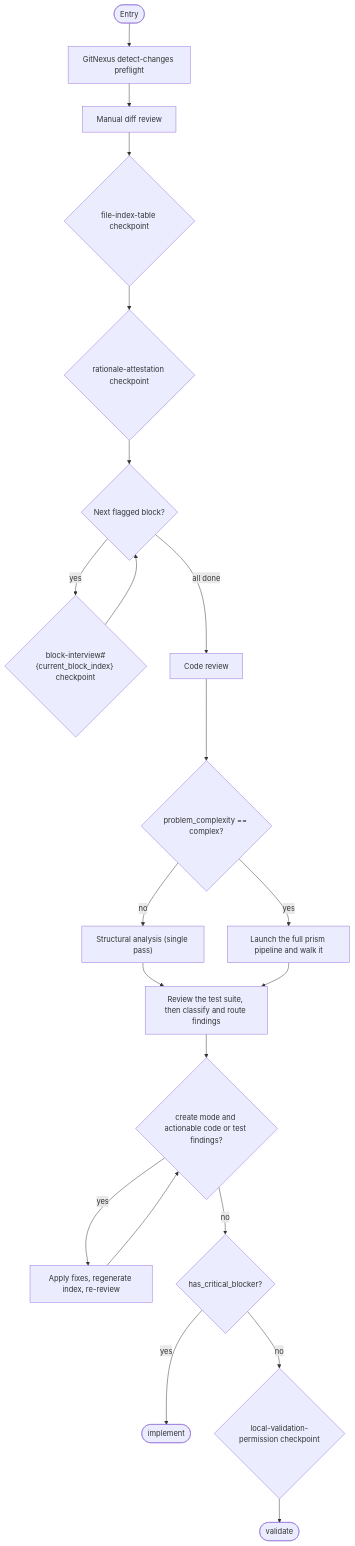
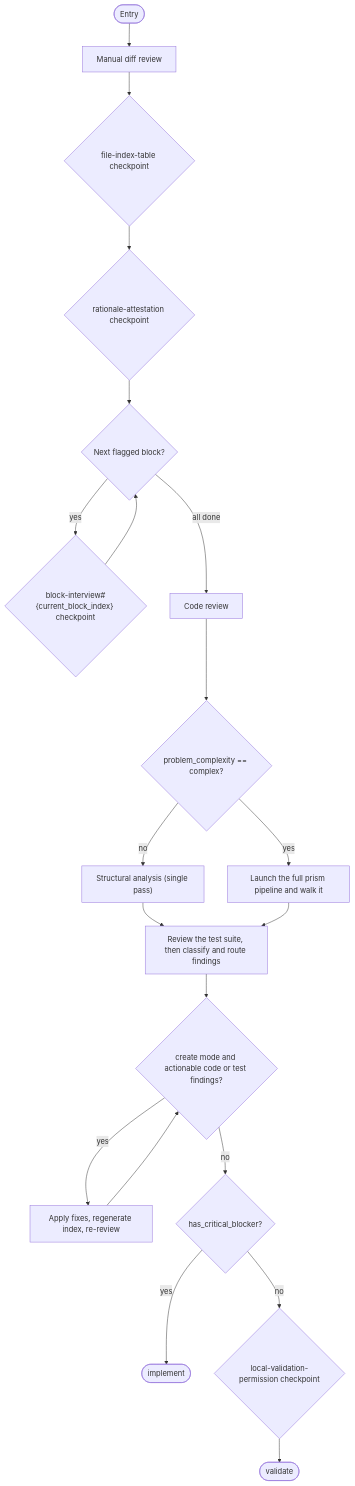
One commit to m2ux/workflow-server changed diagram 11 of 15 in corpus/work-package/activities/README.md. Above: the diagram before and after it, drawn with Mermaid. The commit also changed 4 other files, not shown here.

````diff
--- a/corpus/work-package/activities/README.md
+++ b/corpus/work-package/activities/README.md
@@ -287,25 +287,24 @@
 ```mermaid
 graph TD
-    entryNode(["Entry"]) --> preflight["GitNexus detect-changes preflight"]
-    preflight --> manualDiff["Manual diff review"]
+    entryNode(["Entry"]) --> manualDiff["Manual diff review"]
     manualDiff --> cpFileIndex{"file-index-table checkpoint"}
     cpFileIndex --> cpRationale{"rationale-attestation checkpoint"}
     cpRationale --> interviewLoop{"Next flagged block?"}
     interviewLoop -->|"yes"| cpInterview{"block-interview#{current_block_index} checkpoint"}
     cpInterview --> interviewLoop
     interviewLoop -->|"all done"| codeReview["Code review"]
 
     codeReview --> structural{"problem_complexity == complex?"}
     structural -->|"no"| structuralInline["Structural analysis (single pass)"]
     structural -->|"yes"| dispatchPrism["Launch the full prism pipeline and walk it"]
     structuralInline --> testReview["Review the test suite, then classify and route findings"]
     dispatchPrism --> testReview
 
     testReview --> fixCycle{"create mode and actionable code or test findings?"}
     fixCycle -->|"yes"| applyFixes["Apply fixes, regenerate index, re-review"]
     applyFixes --> fixCycle
     fixCycle -->|"no"| blockerGate{"has_critical_blocker?"}
     blockerGate -->|"yes"| exitImplement(["implement"])
     blockerGate -->|"no"| cpLocalValidation{"local-validation-permission checkpoint"}
     cpLocalValidation --> exitValidate(["validate"])
 ```
````
